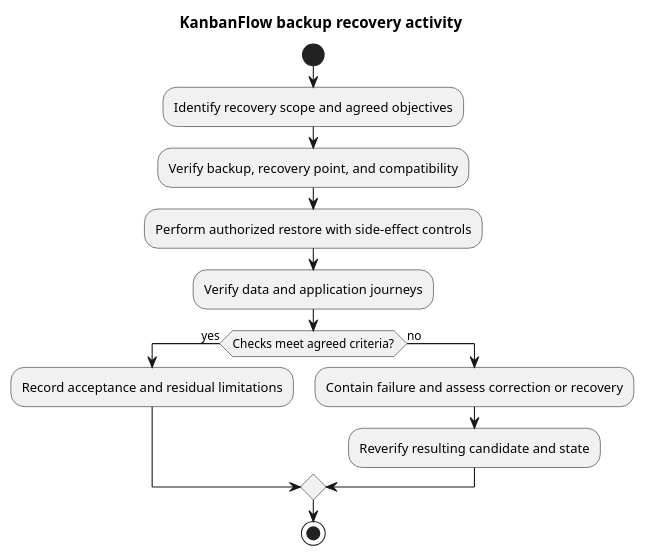
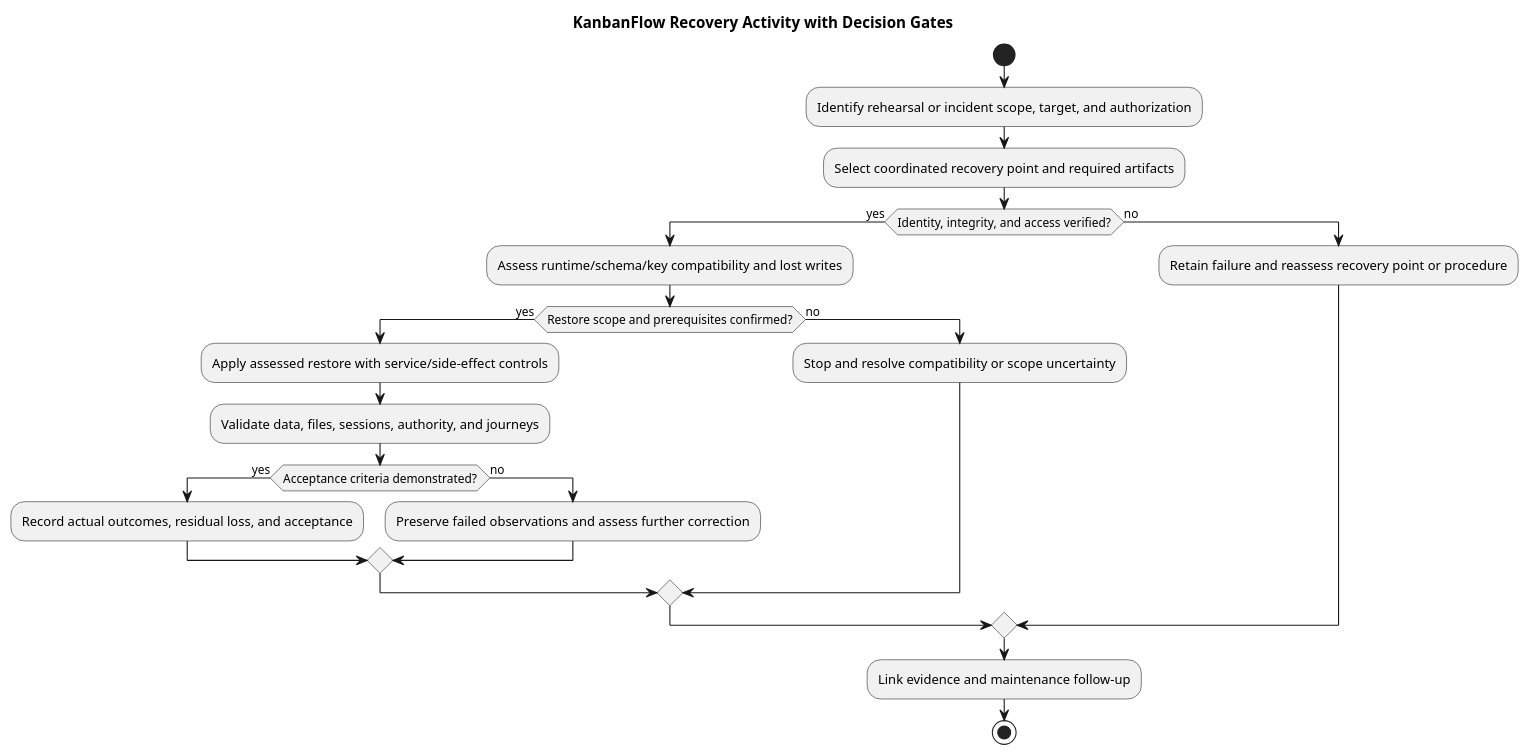
The diagram in docs/SDLC/07-deployment/backup-recovery-activity.md (Farhad-Valizadegan/Web-KanbanFlow), drawn with PlantUML before and after one commit. The commit also changed other lines of this file and 2 other files, not shown here.

Commit message:
docs: complete recovery activity gates and evidence checkpoints

````diff
--- a/docs/SDLC/07-deployment/backup-recovery-activity.md
+++ b/docs/SDLC/07-deployment/backup-recovery-activity.md
@@ -28,17 +87,26 @@
 ```plantuml
 @startuml
-title KanbanFlow backup recovery activity
+title KanbanFlow Recovery Activity with Decision Gates
 start
-:Identify recovery scope and agreed objectives;
-:Verify backup, recovery point, and compatibility;
-:Perform authorized restore with side-effect controls;
-:Verify data and application journeys;
-if (Checks meet agreed criteria?) then (yes)
-:Record acceptance and residual limitations;
+:Identify rehearsal or incident scope, target, and authorization;
+:Select coordinated recovery point and required artifacts;
+if (Identity, integrity, and access verified?) then (yes)
+ :Assess runtime/schema/key compatibility and lost writes;
+ if (Restore scope and prerequisites confirmed?) then (yes)
+  :Apply assessed restore with service/side-effect controls;
+  :Validate data, files, sessions, authority, and journeys;
+  if (Acceptance criteria demonstrated?) then (yes)
+   :Record actual outcomes, residual loss, and acceptance;
+  else (no)
+   :Preserve failed observations and assess further correction;
+  endif
+ else (no)
+  :Stop and resolve compatibility or scope uncertainty;
+ endif
 else (no)
-:Contain failure and assess correction or recovery;
-:Reverify resulting candidate and state;
+ :Retain failure and reassess recovery point or procedure;
 endif
+:Link evidence and maintenance follow-up;
 stop
 @enduml
 ```
````
